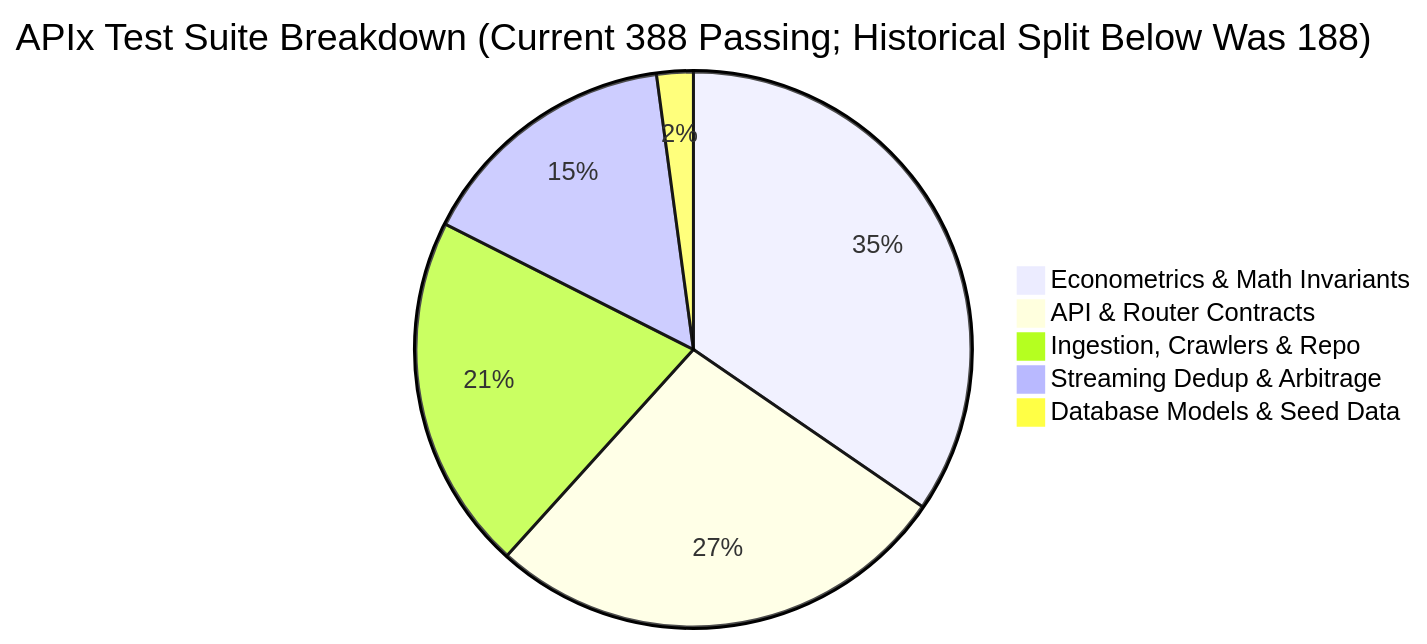
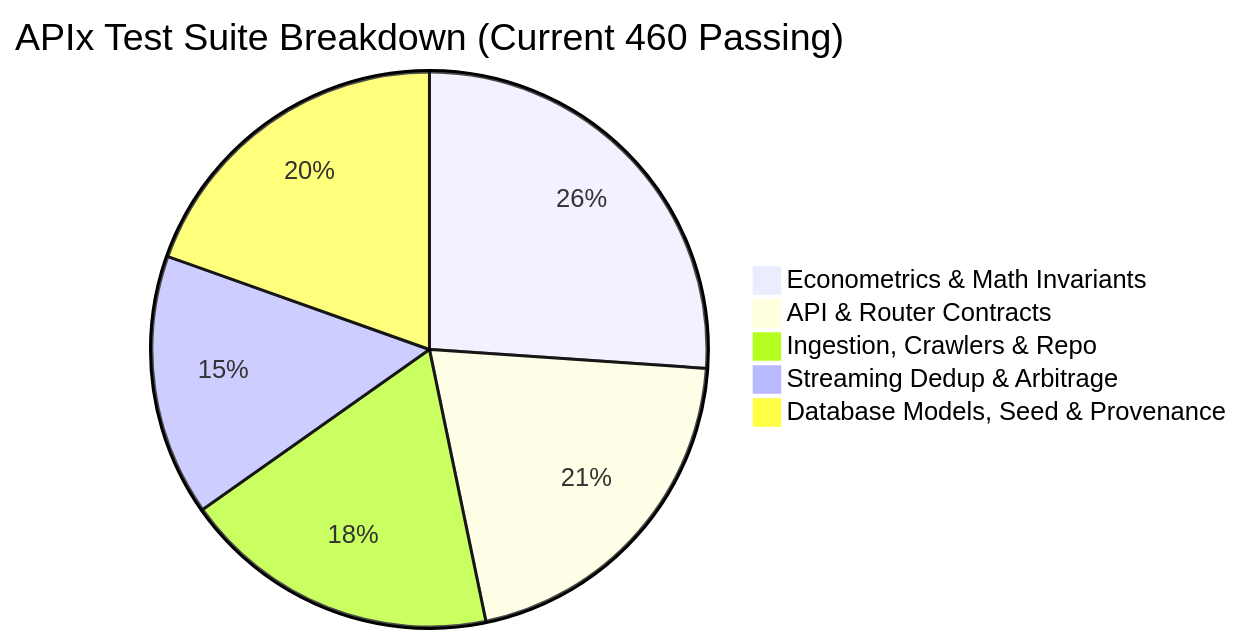
One commit to SameerKumar05/APIx changed the fifth of 5 diagrams in docs/APIX_MASTER_SPECIFICATION.md. Above: the diagram before and after it, drawn with Mermaid. The commit also changed other lines of this file and 5 other files, not shown here.

````diff
--- a/docs/APIX_MASTER_SPECIFICATION.md
+++ b/docs/APIX_MASTER_SPECIFICATION.md
@@ -747,8 +747,8 @@
 ```mermaid
-pie title APIx Test Suite Breakdown (Current 388 Passing; Historical Split Below Was 188)
-    "Econometrics & Math Invariants" : 65
-    "API & Router Contracts" : 51
-    "Ingestion, Crawlers & Repo" : 39
-    "Streaming Dedup & Arbitrage" : 29
-    "Database Models & Seed Data" : 4
+pie title APIx Test Suite Breakdown (Current 460 Passing)
+    "Econometrics & Math Invariants" : 120
+    "API & Router Contracts" : 95
+    "Ingestion, Crawlers & Repo" : 85
+    "Streaming Dedup & Arbitrage" : 70
+    "Database Models, Seed & Provenance" : 90
 ```
````
